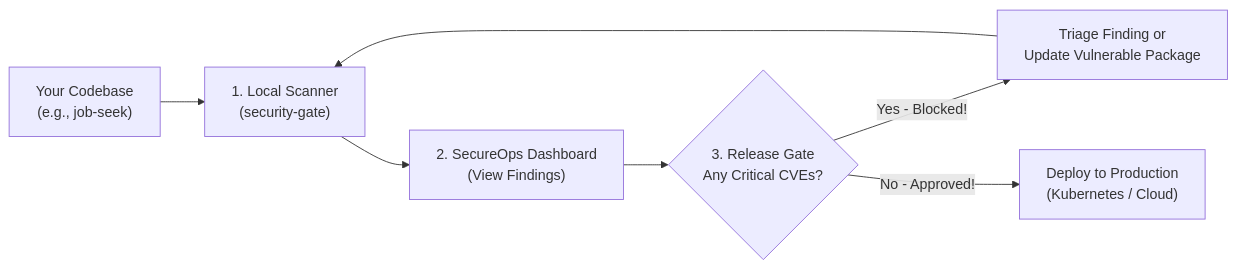
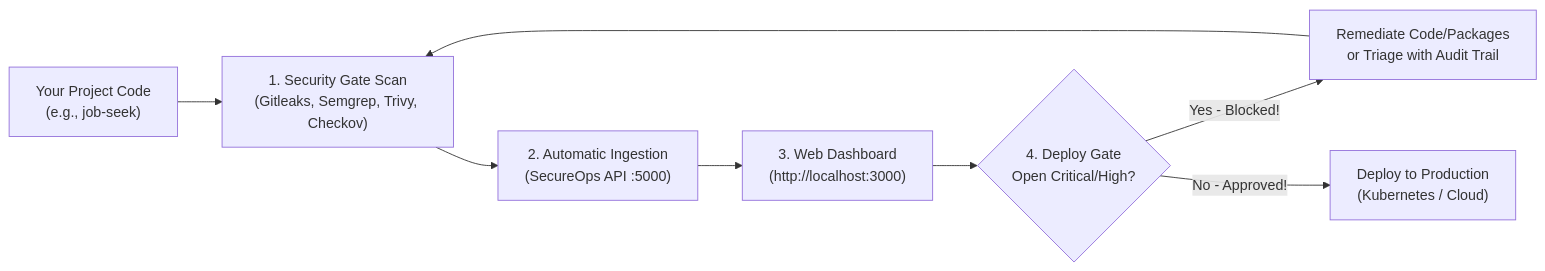
One commit to 12xghostking/SecureOps changed the diagram in docs/user-guide.md. Above: the diagram before and after it, drawn with Mermaid. The commit also changed other lines of this file, not shown here.

Commit message:
docs: update user guide with real-world scan walkthrough, smart config, and FAQs

````diff
--- a/docs/user-guide.md
+++ b/docs/user-guide.md
@@ -31,9 +32,10 @@
 ```mermaid
 graph LR
-    A["Your Codebase<br/>(e.g., job-seek)"] --> B["1. Local Scanner<br/>(security-gate)"]
-    B --> C["2. SecureOps Dashboard<br/>(View Findings)"]
-    C --> D{"3. Release Gate<br/>Any Critical CVEs?"}
-    D -->|Yes - Blocked!| E["Triage Finding or<br/>Update Vulnerable Package"]
-    E --> B
-    D -->|No - Approved!| F["Deploy to Production<br/>(Kubernetes / Cloud)"]
+    A["Your Project Code<br/>(e.g., job-seek)"] --> B["1. Security Gate Scan<br/>(Gitleaks, Semgrep, Trivy, Checkov)"]
+    B --> C["2. Automatic Ingestion<br/>(SecureOps API :5000)"]
+    C --> D["3. Web Dashboard<br/>(http://localhost:3000)"]
+    D --> E{"4. Deploy Gate<br/>Open Critical/High?"}
+    E -->|Yes - Blocked!| F["Remediate Code/Packages<br/>or Triage with Audit Trail"]
+    F --> B
+    E -->|No - Approved!| G["Deploy to Production<br/>(Kubernetes / Cloud)"]
 ```
````
